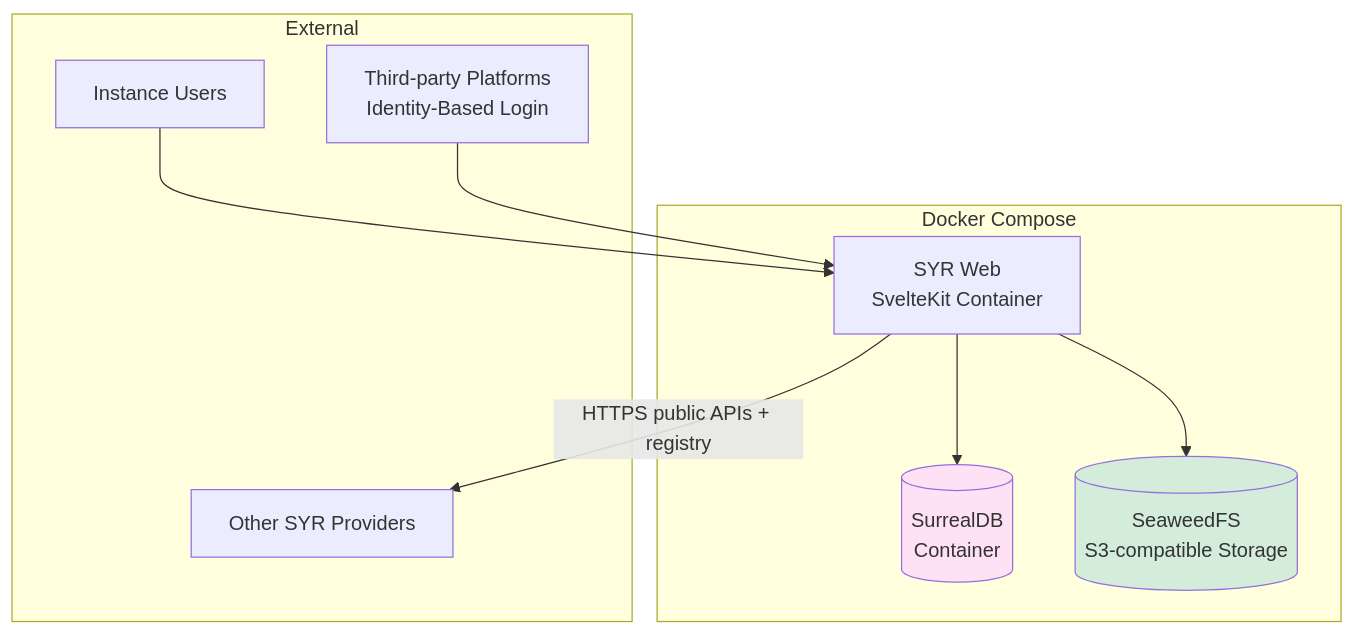
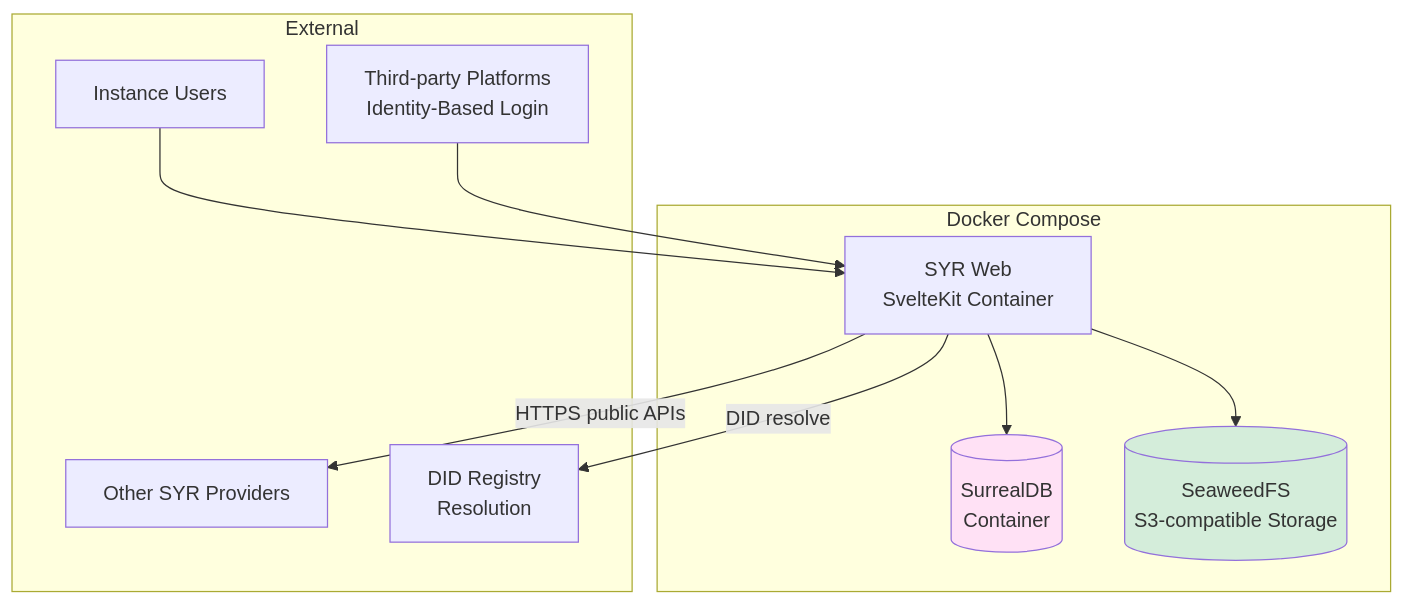
Diagram 13 of 17 in Architecture.md (syr-is/syr), drawn with Mermaid before and after one commit. The commit also changed other lines of this file and 6 other files, not shown here.

````diff
--- a/Architecture.md
+++ b/Architecture.md
@@ -517,23 +518,25 @@
 ```mermaid
 graph TB
     subgraph "Docker Compose"
         Web[SYR Web<br/>SvelteKit Container]
         DB[(SurrealDB<br/>Container)]
         S3[(SeaweedFS<br/>S3-compatible Storage)]
     end
 
     subgraph "External"
         Users[Instance Users]
         PeerProviders[Other SYR Providers]
+        RegistryExt[DID Registry<br/>Resolution]
         ThirdParty[Third-party Platforms<br/>Identity-Based Login]
     end
 
     Users --> Web
-    Web -->|"HTTPS public APIs + registry"| PeerProviders
+    Web -->|"HTTPS public APIs"| PeerProviders
+    Web -->|"DID resolve"| RegistryExt
     ThirdParty --> Web
     Web --> DB
     Web --> S3
 
     style DB fill:#ffe1f5
     style S3 fill:#d4edda
 ```
````
